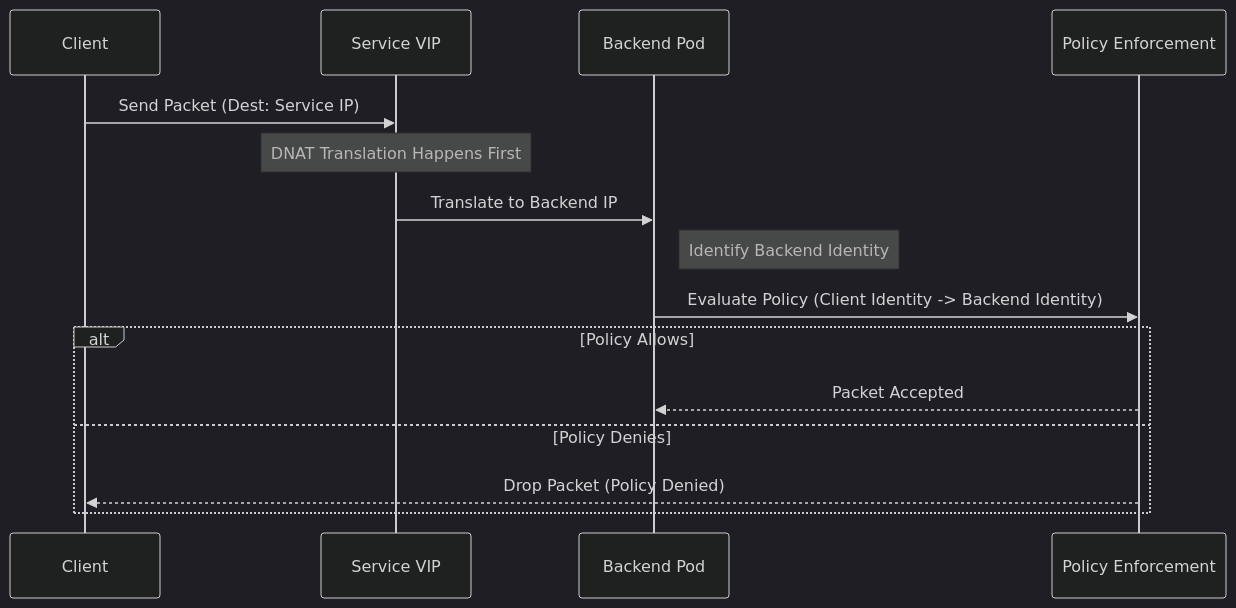
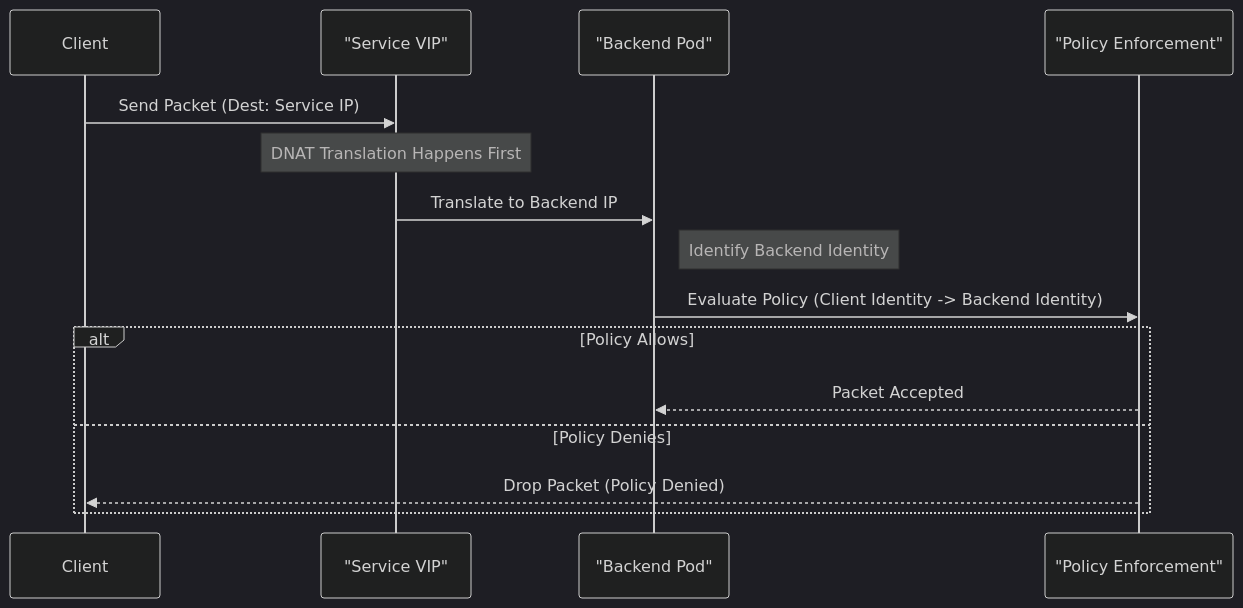
The third of 30 diagrams in proposals/LFX_Mentorship_Proposal.md (Dev10-sys/cilium-pillar-pages-proposal), drawn with Mermaid before and after one commit. The commit also changed other lines of this file, not shown here.

Commit message:
fix: resolve Mermaid syntax and rendering errors on GitHub by quoting labels

````diff
--- a/proposals/LFX_Mentorship_Proposal.md
+++ b/proposals/LFX_Mentorship_Proposal.md
@@ -724,19 +724,19 @@
 ```mermaid
 %%{init: {'theme': 'dark'}}%%
 sequenceDiagram
     participant Client
-    participant Service as Service VIP
-    participant Backend as Backend Pod
-    participant Policy as Policy Enforcement
+    participant Service as "Service VIP"
+    participant Backend as "Backend Pod"
+    participant Policy as "Policy Enforcement"
 
     Client->>Service: Send Packet (Dest: Service IP)
     Note over Service: DNAT Translation Happens First
     Service->>Backend: Translate to Backend IP
     Note right of Backend: Identify Backend Identity
     Backend->>Policy: Evaluate Policy (Client Identity -> Backend Identity)
     alt Policy Allows
         Policy-->>Backend: Packet Accepted
     else Policy Denies
         Policy-->>Client: Drop Packet (Policy Denied)
     end
 ```
````
